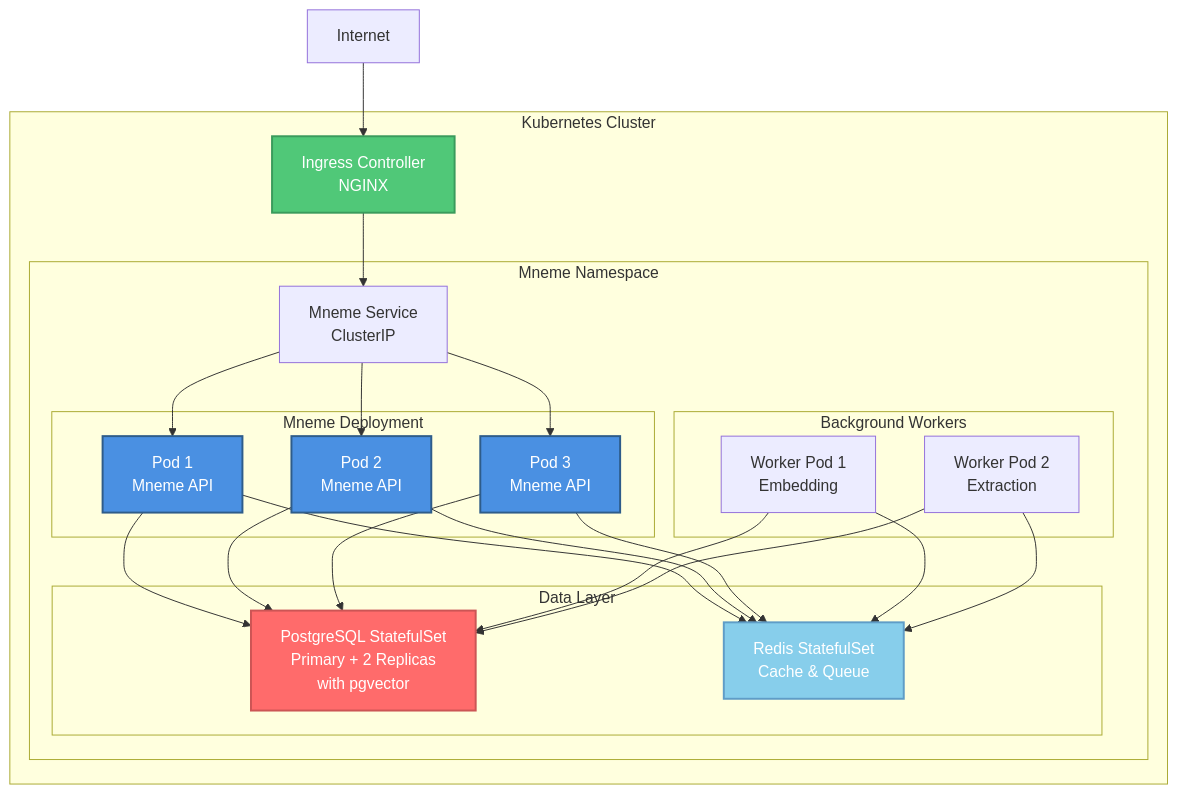
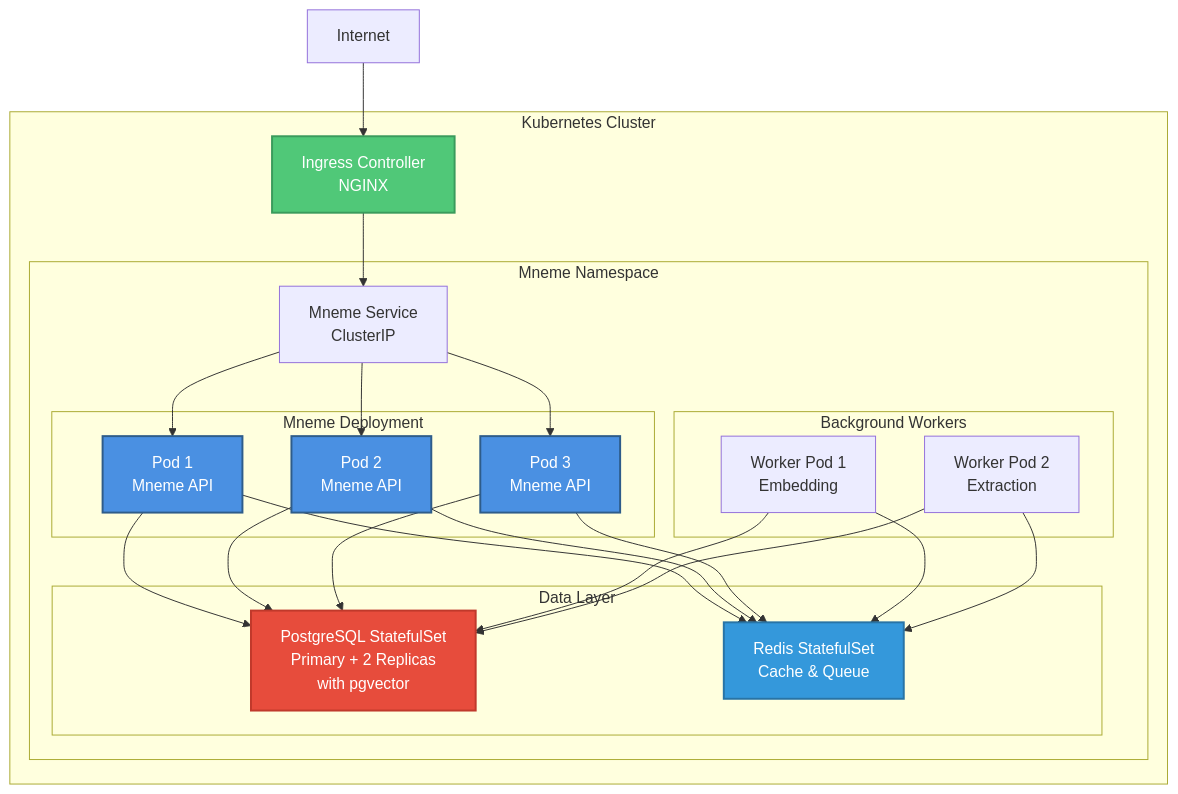
The ninth of 11 diagrams in docs/diagrams/c4-architecture.md (matthewxfz3/mneme), drawn with Mermaid before and after one commit. The commit also changed other lines of this file, not shown here.

First line of the commit message:
Improve diagram color contrast for accessibility

````diff
--- a/docs/diagrams/c4-architecture.md
+++ b/docs/diagrams/c4-architecture.md
@@ -471,43 +471,43 @@
 ```mermaid
 graph TB
     subgraph "Kubernetes Cluster"
         INGRESS[Ingress Controller<br/>NGINX]
 
         subgraph "Mneme Namespace"
             SVC[Mneme Service<br/>ClusterIP]
 
             subgraph "Mneme Deployment"
                 POD1[Pod 1<br/>Mneme API]
                 POD2[Pod 2<br/>Mneme API]
                 POD3[Pod 3<br/>Mneme API]
             end
 
             subgraph "Background Workers"
                 WORKER1[Worker Pod 1<br/>Embedding]
                 WORKER2[Worker Pod 2<br/>Extraction]
             end
 
             subgraph "Data Layer"
                 PG[PostgreSQL StatefulSet<br/>Primary + 2 Replicas<br/>with pgvector]
                 REDIS[Redis StatefulSet<br/>Cache & Queue]
             end
         end
     end
 
     INTERNET[Internet] --> INGRESS
     INGRESS --> SVC
     SVC --> POD1 & POD2 & POD3
 
     POD1 & POD2 & POD3 --> PG
     POD1 & POD2 & POD3 --> REDIS
 
     WORKER1 & WORKER2 --> PG
     WORKER1 & WORKER2 --> REDIS
 
     style INGRESS fill:#50C878,stroke:#3A9B5C,stroke-width:2px,color:#fff
     style POD1 fill:#4A90E2,stroke:#2E5C8A,stroke-width:2px,color:#fff
     style POD2 fill:#4A90E2,stroke:#2E5C8A,stroke-width:2px,color:#fff
     style POD3 fill:#4A90E2,stroke:#2E5C8A,stroke-width:2px,color:#fff
-    style PG fill:#FF6B6B,stroke:#CC5555,stroke-width:2px,color:#fff
-    style REDIS fill:#87CEEB,stroke:#5F9DC7,stroke-width:2px,color:#fff
+    style PG fill:#E74C3C,stroke:#C0392B,stroke-width:2px,color:#fff
+    style REDIS fill:#3498DB,stroke:#2874A6,stroke-width:2px,color:#fff
 ```
````
